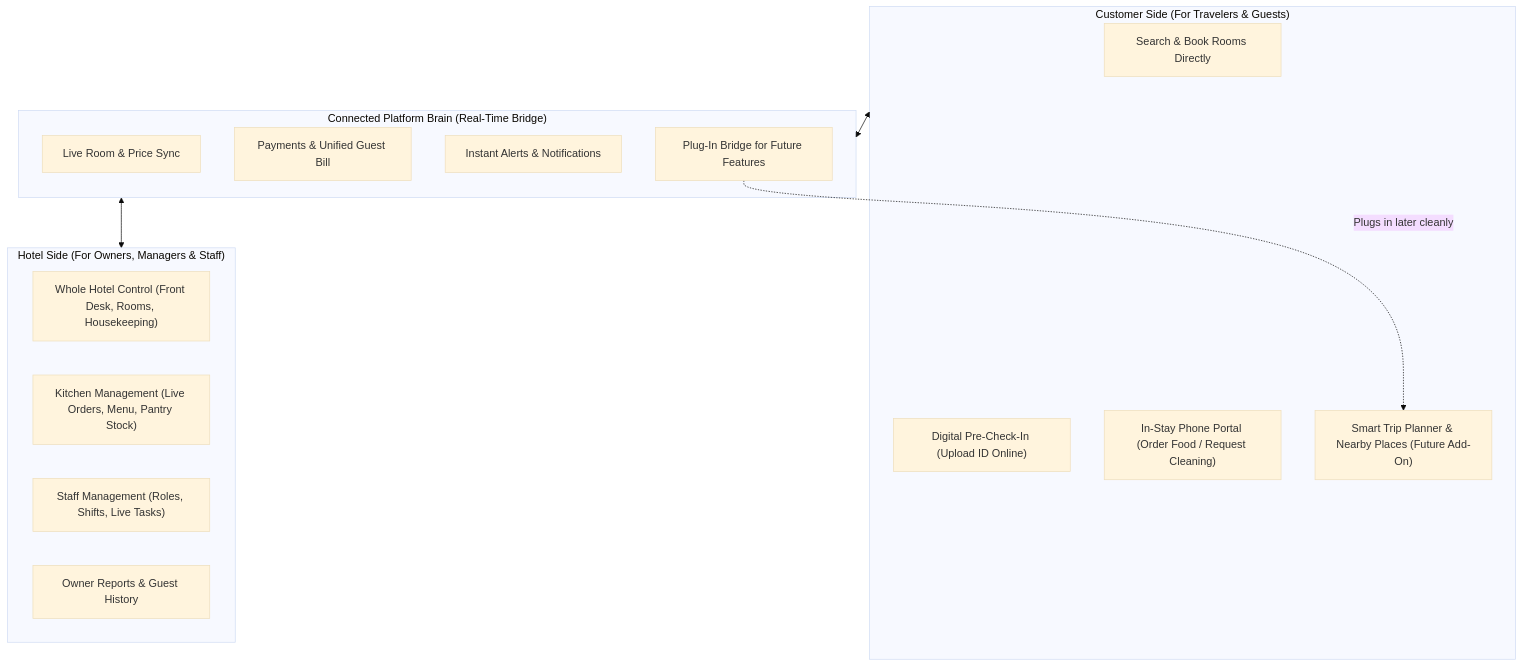
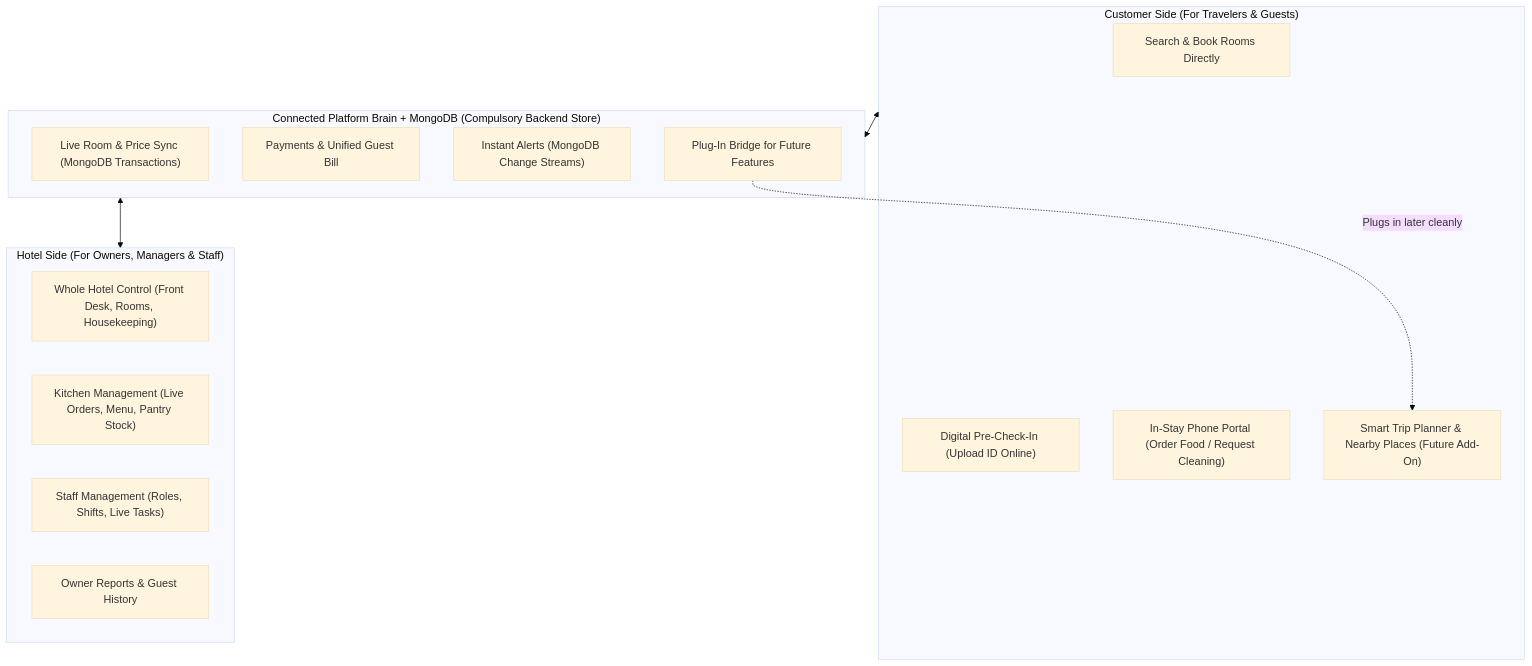
Before and after one commit to s4meer-dev/xd: the first of 2 diagrams in README.md, drawn with Mermaid (base theme). The commit also changed other lines of this file and 5 other files, not shown here.

Commit message:
docs: make MongoDB compulsory and add database architecture diagrams

````diff
--- a/README.md
+++ b/README.md
@@ -25,27 +26,27 @@
 ```mermaid
 flowchart TB
     subgraph CUSTOMER["Customer Side (For Travelers & Guests)"]
         C1["Search & Book Rooms Directly"]
         C2["Digital Pre-Check-In (Upload ID Online)"]
         C3["In-Stay Phone Portal (Order Food / Request Cleaning)"]
         C4["Smart Trip Planner & Nearby Places (Future Add-On)"]
     end
 
-    subgraph CORE["Connected Platform Brain (Real-Time Bridge)"]
-        B1["Live Room & Price Sync"]
+    subgraph CORE["Connected Platform Brain + MongoDB (Compulsory Backend Store)"]
+        B1["Live Room & Price Sync (MongoDB Transactions)"]
         B2["Payments & Unified Guest Bill"]
-        B3["Instant Alerts & Notifications"]
+        B3["Instant Alerts (MongoDB Change Streams)"]
         B4["Plug-In Bridge for Future Features"]
     end
 
     subgraph HOTEL["Hotel Side (For Owners, Managers & Staff)"]
         H1["Whole Hotel Control (Front Desk, Rooms, Housekeeping)"]
         H2["Kitchen Management (Live Orders, Menu, Pantry Stock)"]
         H3["Staff Management (Roles, Shifts, Live Tasks)"]
         H4["Owner Reports & Guest History"]
     end
 
     CUSTOMER <--> CORE
     CORE <--> HOTEL
     B4 -.->|"Plugs in later cleanly"| C4
 ```
````
